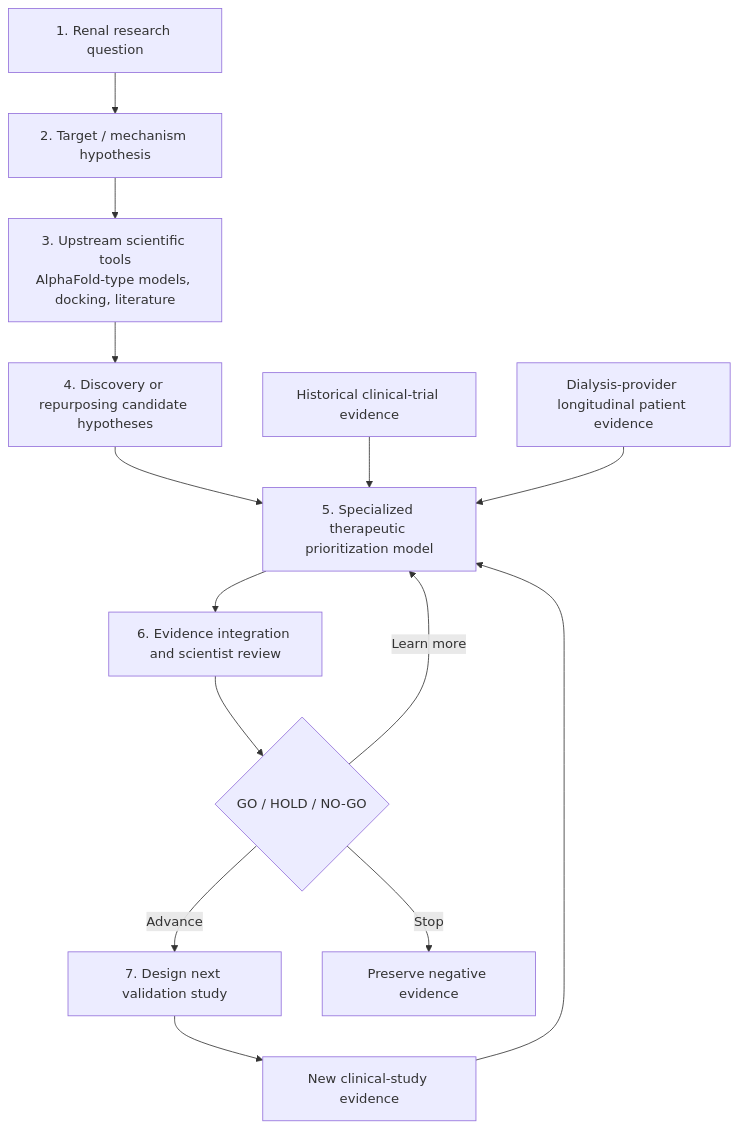
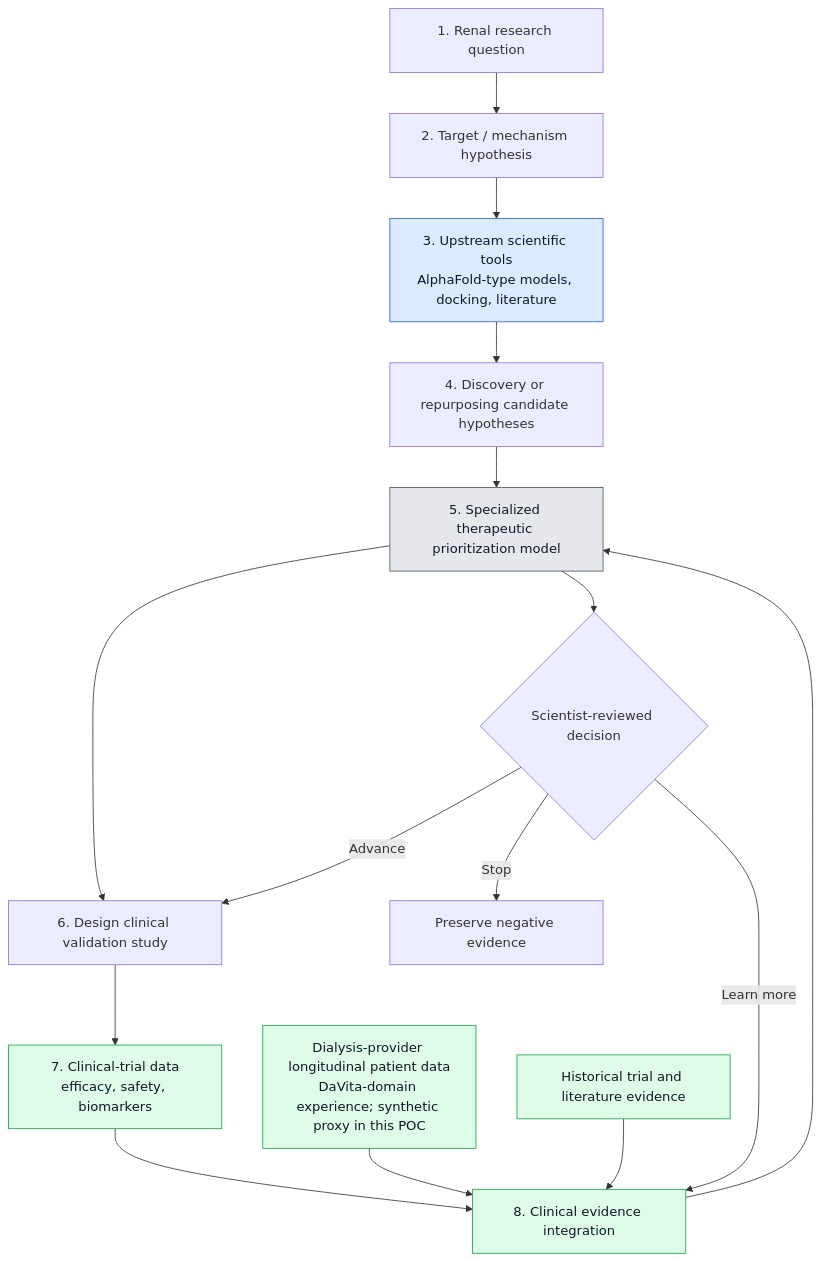
The first of 2 diagrams in docs/PIPELINE.md (fmlin0429712024/synthetic-in-silico-research-loop), drawn with Mermaid before and after one commit. The commit also changed other lines of this file and 1 other file, not shown here.

Commit message:
Clarify clinical evidence and data assets

````diff
--- a/docs/PIPELINE.md
+++ b/docs/PIPELINE.md
@@ -5,16 +5,24 @@
 ```mermaid
 flowchart TD
     A[1. Renal research question] --> B[2. Target / mechanism hypothesis]
     B --> C[3. Upstream scientific tools<br/>AlphaFold-type models, docking, literature]
     C --> D[4. Discovery or repurposing candidate hypotheses]
     D --> E[5. Specialized therapeutic prioritization model]
-    T[Historical clinical-trial evidence] --> E
-    P[Dialysis-provider longitudinal patient evidence] --> E
-    E --> G[6. Evidence integration and scientist review]
-    G --> H{GO / HOLD / NO-GO}
-    H -->|Advance| I[7. Design next validation study]
-    I --> N[New clinical-study evidence]
-    N --> E
-    H -->|Learn more| E
+    E --> F[6. Design clinical validation study]
+    F --> T[7. Clinical-trial data<br/>efficacy, safety, biomarkers]
+    T --> G[8. Clinical evidence integration]
+    P[Dialysis-provider longitudinal patient data<br/>DaVita-domain experience; synthetic proxy in this POC] --> G
+    H1[Historical trial and literature evidence] --> G
+    G --> E
+    E --> H{Scientist-reviewed decision}
+    H -->|Advance| F
+    H -->|Learn more| G
     H -->|Stop| J[Preserve negative evidence]
+
+    classDef upstream fill:#dbeafe,stroke:#2563eb,color:#111827;
+    classDef data fill:#dcfce7,stroke:#16a34a,color:#111827;
+    classDef model fill:#e5e7eb,stroke:#4b5563,color:#111827;
+    class C upstream;
+    class P,T,H1,G data;
+    class E model;
 ```
````
